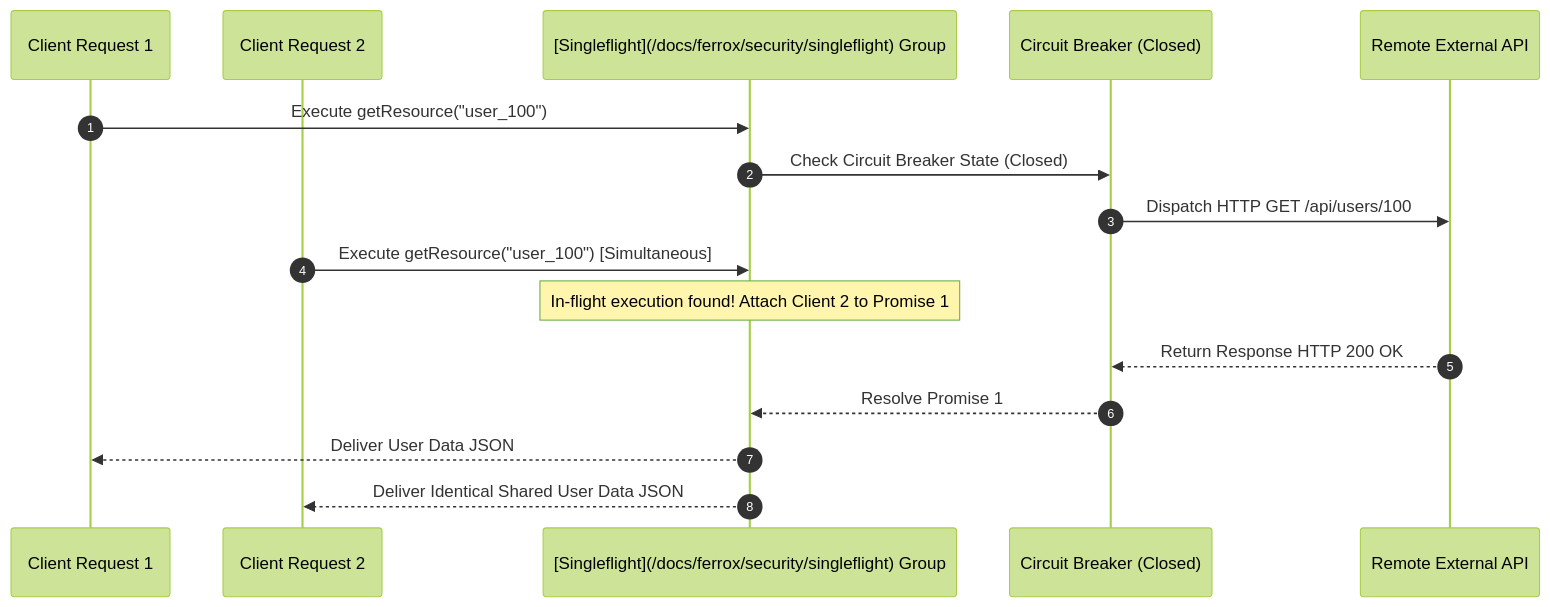
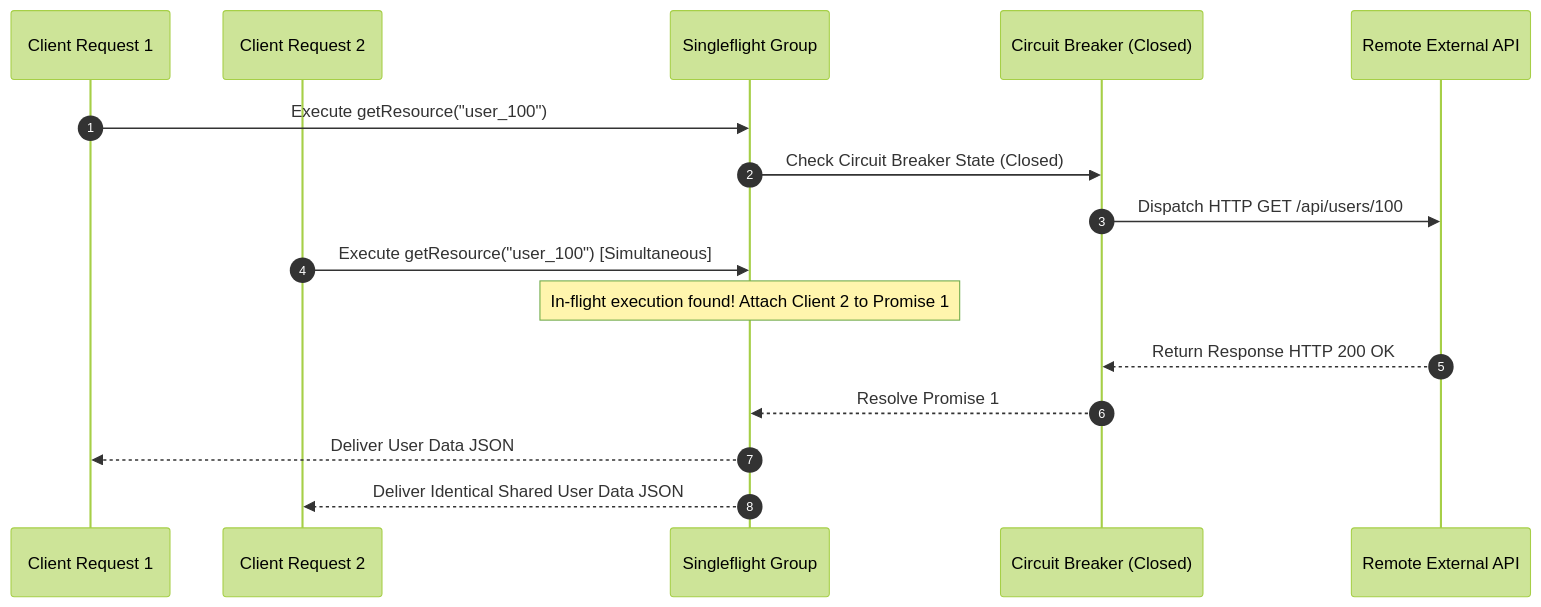
The diagram in docs/ferrox-node/security/resilience.md (AI-Autistic-Intelligence/ferrox-docs), drawn with Mermaid (forest theme) before and after one commit. The commit also changed other lines of this file and 770 other files, not shown here.

````diff
--- a/docs/ferrox-node/security/resilience.md
+++ b/docs/ferrox-node/security/resilience.md
@@ -50,19 +50,19 @@
 ```mermaid
 sequenceDiagram
     autonumber
     participant Client1 as Client Request 1
     participant Client2 as Client Request 2
-    participant [Singleflight](/docs/ferrox/security/singleflight) as [Singleflight](/docs/ferrox/security/singleflight) Group
+    participant Singleflight as Singleflight Group
     participant Breaker as Circuit Breaker (Closed)
     participant Downstream as Remote External API
 
-    Client1->>[Singleflight](/docs/ferrox/security/singleflight): Execute getResource("user_100")
-    [Singleflight](/docs/ferrox/security/singleflight)->>Breaker: Check Circuit Breaker State (Closed)
+    Client1->>Singleflight: Execute getResource("user_100")
+    Singleflight->>Breaker: Check Circuit Breaker State (Closed)
     Breaker->>Downstream: Dispatch HTTP GET /api/users/100
-    Client2->>[Singleflight](/docs/ferrox/security/singleflight): Execute getResource("user_100") [Simultaneous]
-    Note over [Singleflight](/docs/ferrox/security/singleflight): In-flight execution found! Attach Client 2 to Promise 1
+    Client2->>Singleflight: Execute getResource("user_100") [Simultaneous]
+    Note over Singleflight: In-flight execution found! Attach Client 2 to Promise 1
     Downstream-->>Breaker: Return Response HTTP 200 OK
-    Breaker-->>[Singleflight](/docs/ferrox/security/singleflight): Resolve Promise 1
-    [Singleflight](/docs/ferrox/security/singleflight)-->>Client1: Deliver User Data JSON
-    [Singleflight](/docs/ferrox/security/singleflight)-->>Client2: Deliver Identical Shared User Data JSON
+    Breaker-->>Singleflight: Resolve Promise 1
+    Singleflight-->>Client1: Deliver User Data JSON
+    Singleflight-->>Client2: Deliver Identical Shared User Data JSON
 ```
````
